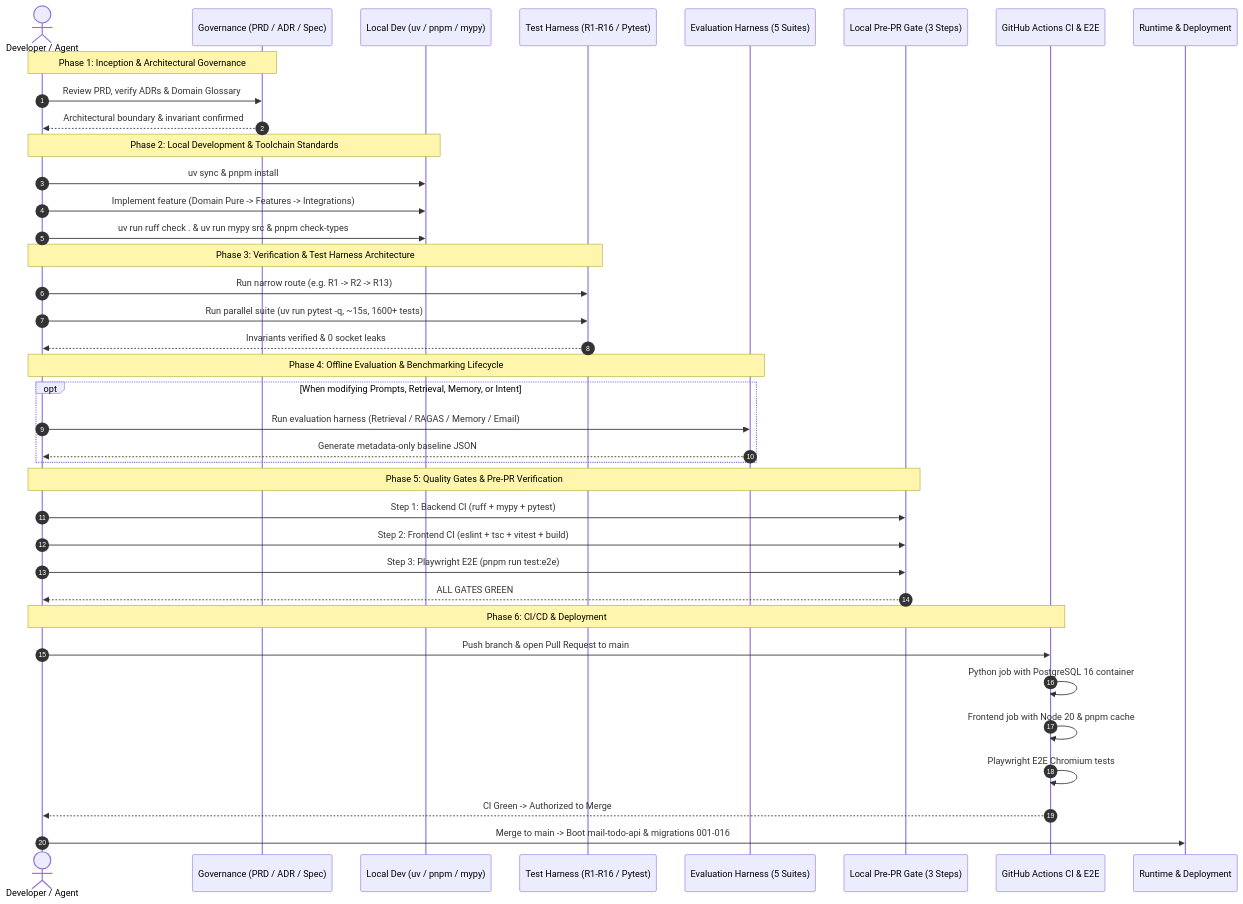
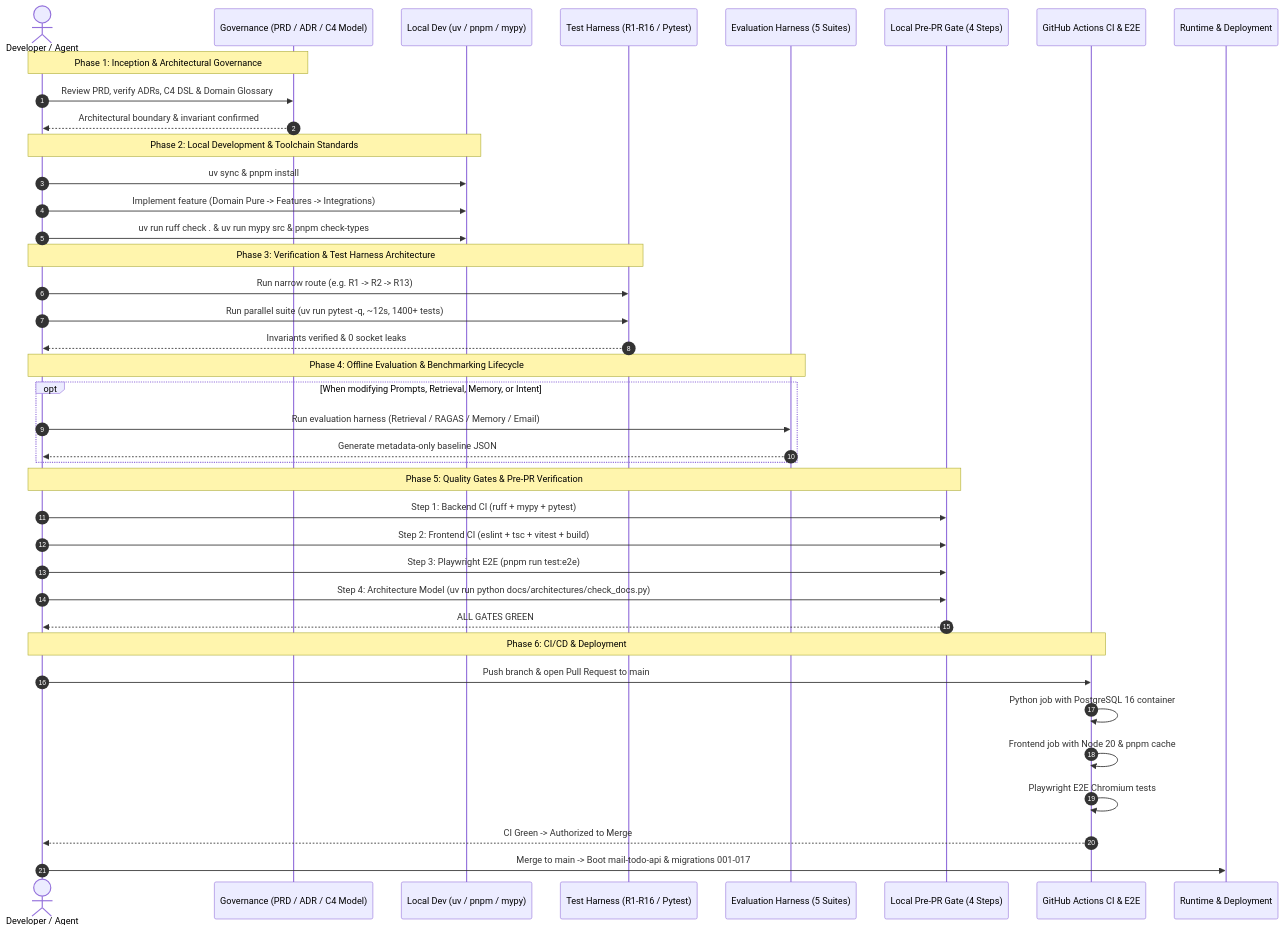
Before and after one commit to MathematicGuy/EMAIL-AGENT-v1: the eighth of 8 diagrams in docs/guides/SOFTWARE-DEVELOPMENT-CYCLE.md, drawn with Mermaid. The commit also changed other lines of this file and 6 other files, not shown here.

Commit message:
docs: sync overall architecture with C4 model in SDLC guide and README

````diff
--- a/docs/guides/SOFTWARE-DEVELOPMENT-CYCLE.md
+++ b/docs/guides/SOFTWARE-DEVELOPMENT-CYCLE.md
@@ -519,46 +569,47 @@
 ```mermaid
 sequenceDiagram
     autonumber
     actor Dev as Developer / Agent
-    participant Gov as Governance (PRD / ADR / Spec)
+    participant Gov as Governance (PRD / ADR / C4 Model)
     participant Local as Local Dev (uv / pnpm / mypy)
     participant Test as Test Harness (R1-R16 / Pytest)
     participant Eval as Evaluation Harness (5 Suites)
-    participant Gate as Local Pre-PR Gate (3 Steps)
+    participant Gate as Local Pre-PR Gate (4 Steps)
     participant CI as GitHub Actions CI & E2E
     participant Prod as Runtime & Deployment
 
     Note over Dev,Gov: Phase 1: Inception & Architectural Governance
-    Dev->>Gov: Review PRD, verify ADRs & Domain Glossary
+    Dev->>Gov: Review PRD, verify ADRs, C4 DSL & Domain Glossary
     Gov-->>Dev: Architectural boundary & invariant confirmed
 
     Note over Dev,Local: Phase 2: Local Development & Toolchain Standards
     Dev->>Local: uv sync & pnpm install
     Dev->>Local: Implement feature (Domain Pure -> Features -> Integrations)
     Dev->>Local: uv run ruff check . & uv run mypy src & pnpm check-types
 
     Note over Dev,Test: Phase 3: Verification & Test Harness Architecture
     Dev->>Test: Run narrow route (e.g. R1 -> R2 -> R13)
-    Dev->>Test: Run parallel suite (uv run pytest -q, ~15s, 1600+ tests)
+    Dev->>Test: Run parallel suite (uv run pytest -q, ~12s, 1400+ tests)
     Test-->>Dev: Invariants verified & 0 socket leaks
 
     Note over Dev,Eval: Phase 4: Offline Evaluation & Benchmarking Lifecycle
     opt When modifying Prompts, Retrieval, Memory, or Intent
         Dev->>Eval: Run evaluation harness (Retrieval / RAGAS / Memory / Email)
         Eval-->>Dev: Generate metadata-only baseline JSON
     end
 
     Note over Dev,Gate: Phase 5: Quality Gates & Pre-PR Verification
     Dev->>Gate: Step 1: Backend CI (ruff + mypy + pytest)
     Dev->>Gate: Step 2: Frontend CI (eslint + tsc + vitest + build)
     Dev->>Gate: Step 3: Playwright E2E (pnpm run test:e2e)
+    Dev->>Gate: Step 4: Architecture Model (uv run python docs/architectures/check_docs.py)
     Gate-->>Dev: ALL GATES GREEN
 
     Note over Dev,CI: Phase 6: CI/CD & Deployment
     Dev->>CI: Push branch & open Pull Request to main
     CI->>CI: Python job with PostgreSQL 16 container
     CI->>CI: Frontend job with Node 20 & pnpm cache
     CI->>CI: Playwright E2E Chromium tests
     CI-->>Dev: CI Green -> Authorized to Merge
-    Dev->>Prod: Merge to main -> Boot mail-todo-api & migrations 001-016
+    Dev->>Prod: Merge to main -> Boot mail-todo-api & migrations 001-017
 ```
````
